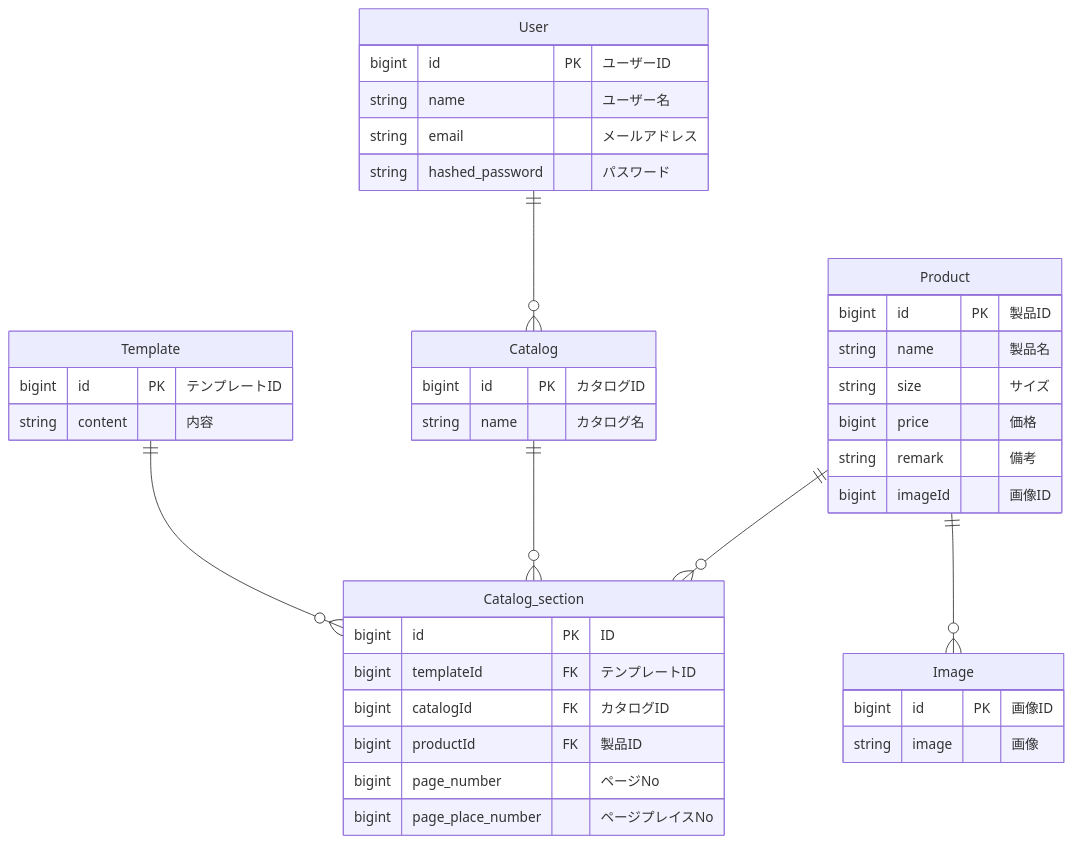
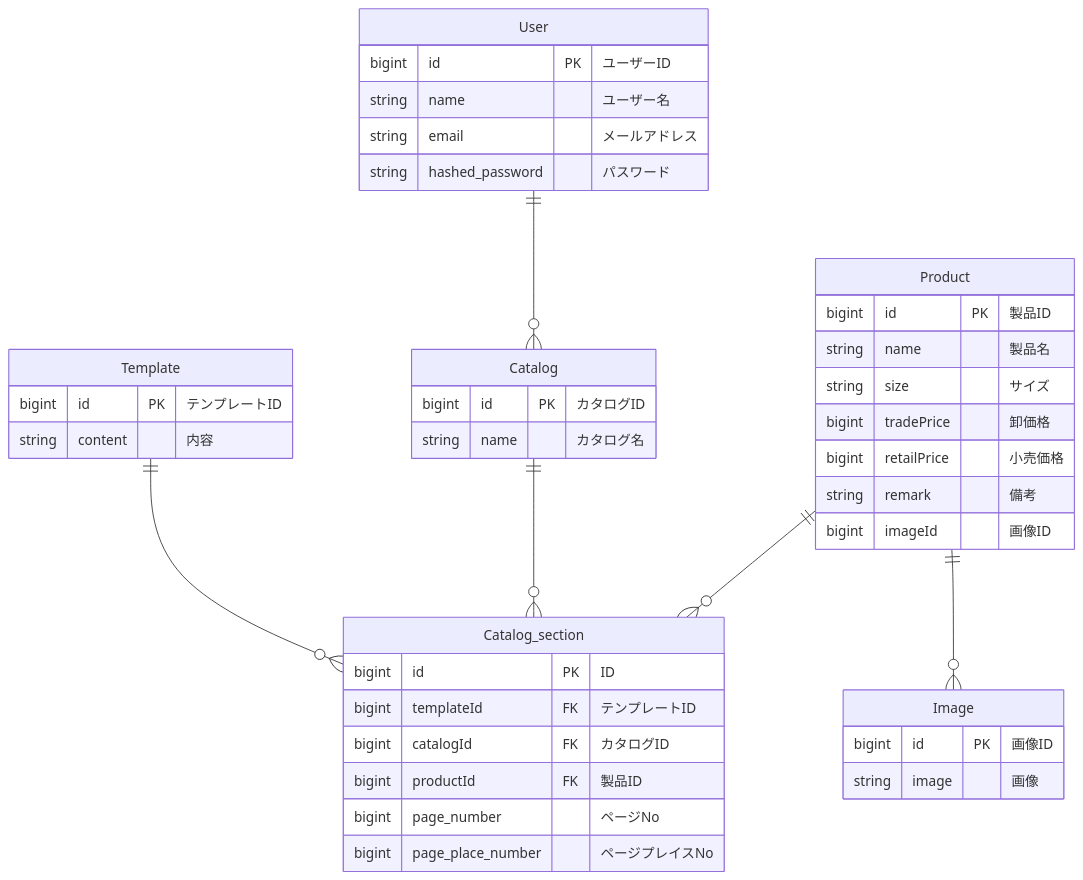
Before and after one commit to setodeve/CatalogEasy-backend: the diagram in documents/design/er.md, drawn with Mermaid. The commit also changed 3 other files, not shown here.

````diff
--- a/documents/design/er.md
+++ b/documents/design/er.md
@@ -1,43 +1,44 @@
 ```mermaid
 erDiagram
     User {
         bigint id PK "ユーザーID"
         string name "ユーザー名"
         string email "メールアドレス"
         string hashed_password "パスワード"
     }
     Catalog {
         bigint id PK "カタログID"
         string name "カタログ名"
     }
     Product {
         bigint id PK "製品ID"
         string name "製品名"
         string size "サイズ"
-        bigint price "価格"
+        bigint tradePrice "卸価格"
+        bigint retailPrice "小売価格"
         string remark "備考"
         bigint imageId "画像ID"
     }
 
     Image {
         bigint id PK "画像ID"
         string image "画像"
     }
     Template {
         bigint id PK "テンプレートID"
         string content "内容"
     }
     Catalog_section {
         bigint id PK "ID"
         bigint templateId FK "テンプレートID"
         bigint catalogId FK "カタログID"
         bigint productId FK "製品ID"
         bigint page_number  "ページNo"
         bigint page_place_number  "ページプレイスNo"
     }
     User ||--o{ Catalog : ""
     Product ||--o{ Catalog_section : ""
     Catalog ||--o{ Catalog_section : ""
     Template ||--o{ Catalog_section : ""
     Product ||--o{ Image : ""
 ```
````
